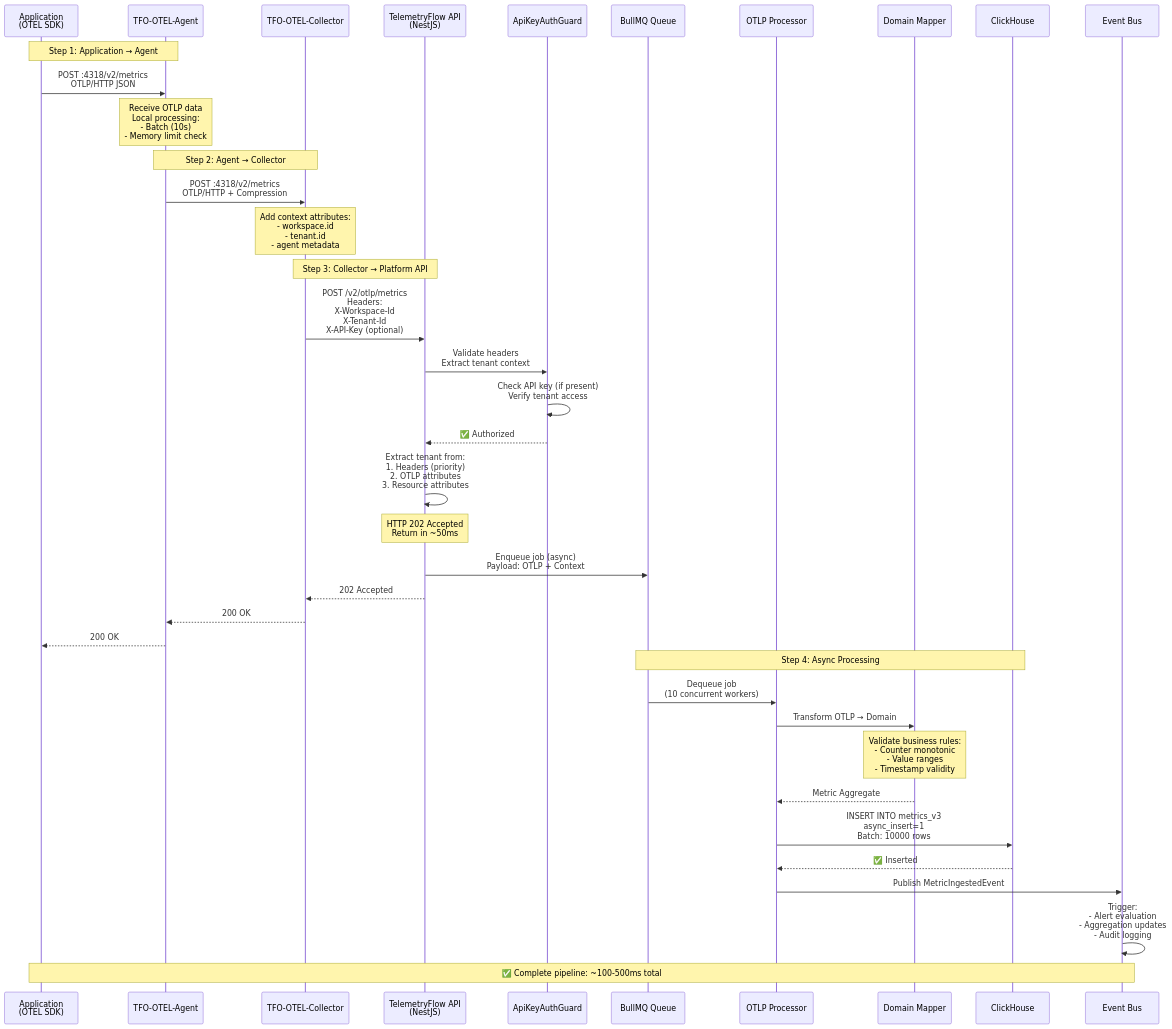
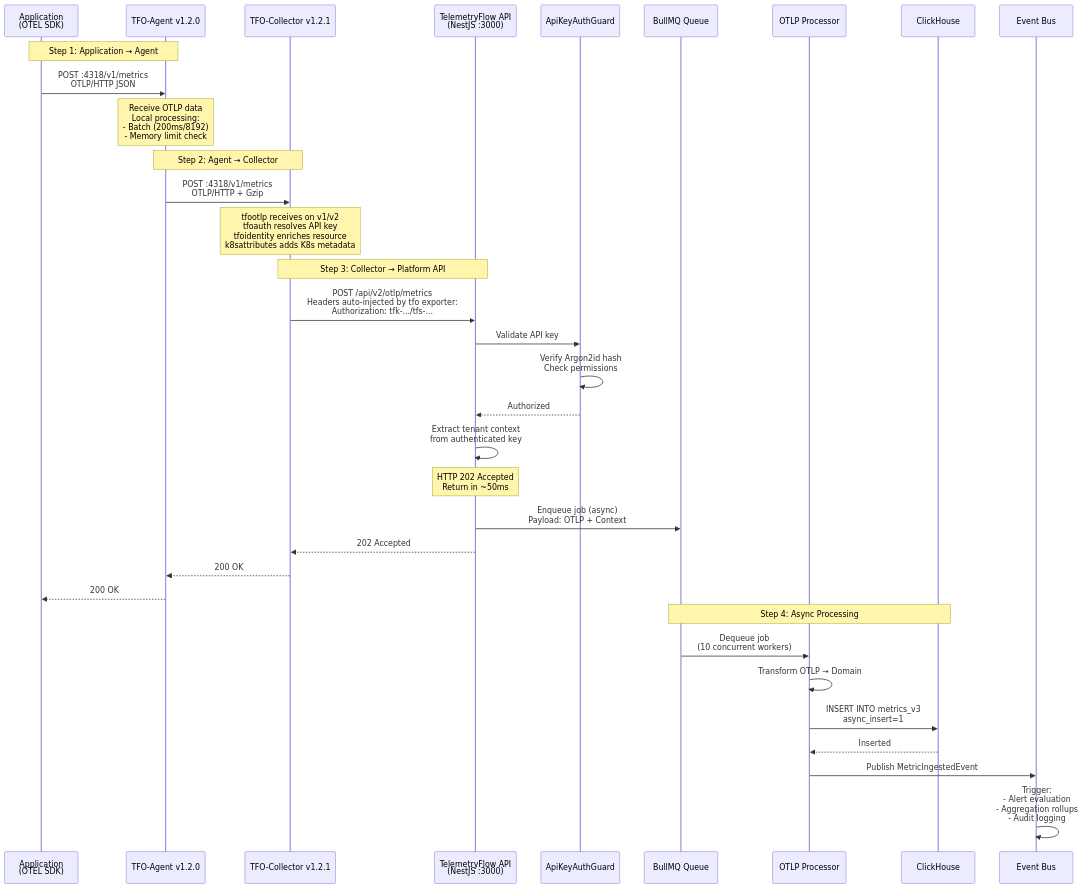
One commit to telemetryflow/telemetryflow-overview changed the second of 4 diagrams in tfo-otel/INGESTION-FLOW.md. Above: the diagram before and after it, drawn with Mermaid. The commit also changed other lines of this file and 68 other files, not shown here.

````diff
--- a/tfo-otel/INGESTION-FLOW.md
+++ b/tfo-otel/INGESTION-FLOW.md
@@ -57,57 +59,49 @@
 ```mermaid
 sequenceDiagram
     participant App as Application<br/>(OTEL SDK)
-    participant Agent as TFO-OTEL-Agent
-    participant Collector as TFO-OTEL-Collector
-    participant API as TelemetryFlow API<br/>(NestJS)
+    participant Agent as TFO-Agent v1.2.0
+    participant Collector as TFO-Collector v1.2.1
+    participant API as TelemetryFlow API<br/>(NestJS :3000)
     participant Guard as ApiKeyAuthGuard
     participant Queue as BullMQ Queue
     participant Worker as OTLP Processor
-    participant Mapper as Domain Mapper
     participant CH as ClickHouse
     participant EventBus as Event Bus
 
     Note over App,Agent: Step 1: Application → Agent
 
-    App->>Agent: POST :4318/v2/metrics<br/>OTLP/HTTP JSON
-    Note over Agent: Receive OTLP data<br/>Local processing:<br/>- Batch (10s)<br/>- Memory limit check
+    App->>Agent: POST :4318/v1/metrics<br/>OTLP/HTTP JSON
+    Note over Agent: Receive OTLP data<br/>Local processing:<br/>- Batch (200ms/8192)<br/>- Memory limit check
 
     Note over Agent,Collector: Step 2: Agent → Collector
 
-    Agent->>Collector: POST :4318/v2/metrics<br/>OTLP/HTTP + Compression
-    Note over Collector: Add context attributes:<br/>- workspace.id<br/>- tenant.id<br/>- agent metadata
+    Agent->>Collector: POST :4318/v1/metrics<br/>OTLP/HTTP + Gzip
+    Note over Collector: tfootlp receives on v1/v2<br/>tfoauth resolves API key<br/>tfoidentity enriches resource<br/>k8sattributes adds K8s metadata
 
     Note over Collector,API: Step 3: Collector → Platform API
 
-    Collector->>API: POST /v2/otlp/metrics<br/>Headers:<br/>X-Workspace-Id<br/>X-Tenant-Id<br/>X-API-Key (optional)
+    Collector->>API: POST /api/v2/otlp/metrics<br/>Headers auto-injected by tfo exporter:<br/>Authorization: tfk-.../tfs-...
 
-    API->>Guard: Validate headers<br/>Extract tenant context
-    Guard->>Guard: Check API key (if present)<br/>Verify tenant access
-    Guard-->>API: ✅ Authorized
+    API->>Guard: Validate API key
+    Guard->>Guard: Verify Argon2id hash<br/>Check permissions
+    Guard-->>API: Authorized
 
-    API->>API: Extract tenant from:<br/>1. Headers (priority)<br/>2. OTLP attributes<br/>3. Resource attributes
+    API->>API: Extract tenant context<br/>from authenticated key
 
     Note over API: HTTP 202 Accepted<br/>Return in ~50ms
 
     API->>Queue: Enqueue job (async)<br/>Payload: OTLP + Context
     API-->>Collector: 202 Accepted
     Collector-->>Agent: 200 OK
     Agent-->>App: 200 OK
 
     Note over Queue,CH: Step 4: Async Processing
 
     Queue->>Worker: Dequeue job<br/>(10 concurrent workers)
-
-    Worker->>Mapper: Transform OTLP → Domain
-    Note over Mapper: Validate business rules:<br/>- Counter monotonic<br/>- Value ranges<br/>- Timestamp validity
-
-    Mapper-->>Worker: Metric Aggregate
-
-    Worker->>CH: INSERT INTO metrics_v3<br/>async_insert=1<br/>Batch: 10000 rows
-    CH-->>Worker: ✅ Inserted
+    Worker->>Worker: Transform OTLP → Domain
+    Worker->>CH: INSERT INTO metrics_v3<br/>async_insert=1
+    CH-->>Worker: Inserted
 
     Worker->>EventBus: Publish MetricIngestedEvent
-    EventBus->>EventBus: Trigger:<br/>- Alert evaluation<br/>- Aggregation updates<br/>- Audit logging
-
-    Note over App,EventBus: ✅ Complete pipeline: ~100-500ms total
+    EventBus->>EventBus: Trigger:<br/>- Alert evaluation<br/>- Aggregation rollups<br/>- Audit logging
 ```
````
